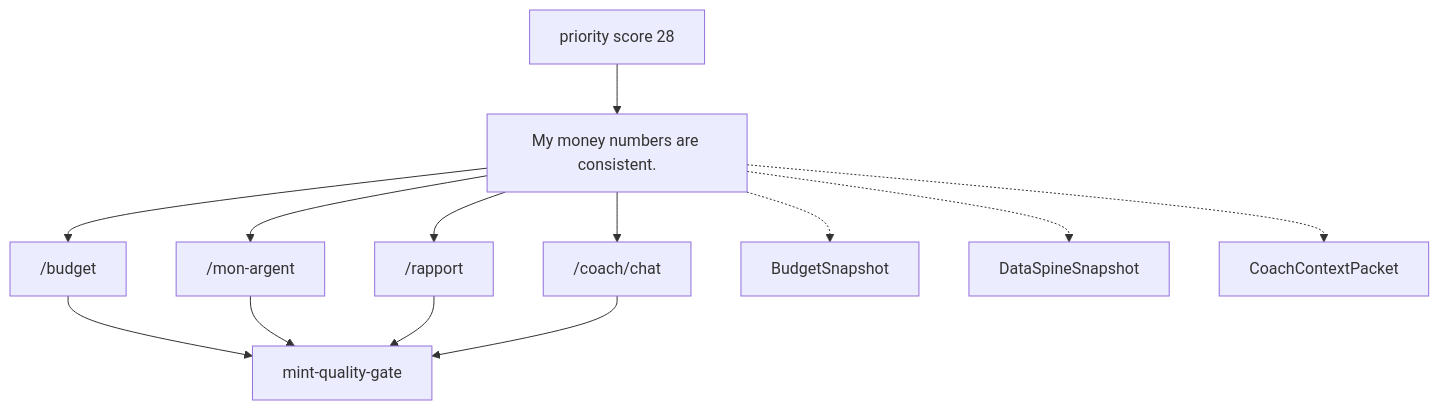
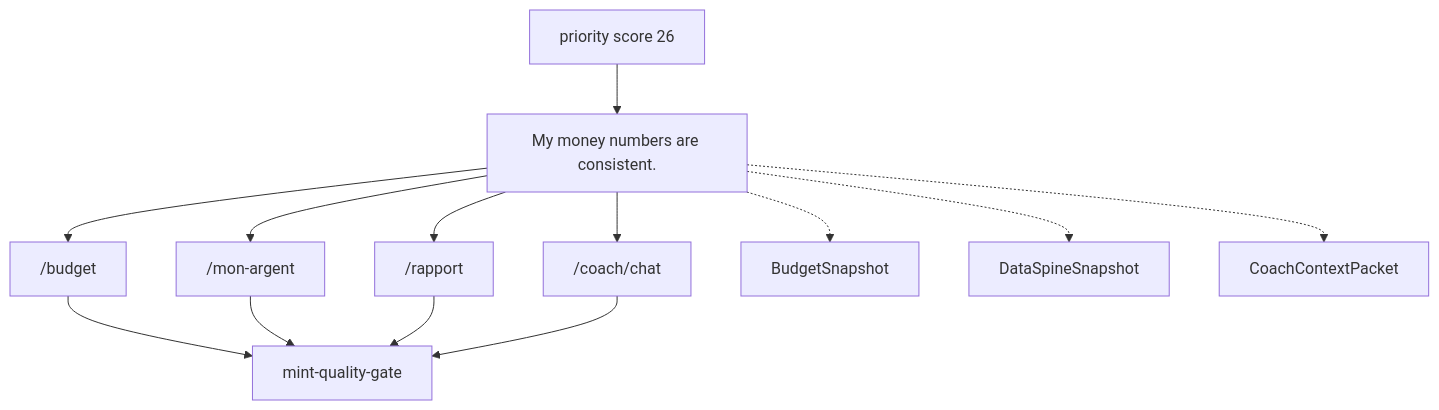
Before and after one commit to MINT-IA/MINT: the diagram in .planning/journeys/diagrams/money_truth_spine.mmd, drawn with Mermaid. The commit also changed 9 other files, not shown here.

```diff
--- a/.planning/journeys/diagrams/money_truth_spine.mmd
+++ b/.planning/journeys/diagrams/money_truth_spine.mmd
@@ -1,24 +1,24 @@
 %% Generated from .planning/journeys/records/money_truth_spine.json
 flowchart TD
   promise["My money numbers are consistent."]
   team["mint-quality-gate"]
-  priority["priority score 28"]
+  priority["priority score 26"]
   priority --> promise
   route_budget["/budget"]
   promise --> route_budget
   route_budget --> team
   route_mon_argent["/mon-argent"]
   promise --> route_mon_argent
   route_mon_argent --> team
   route_rapport["/rapport"]
   promise --> route_rapport
   route_rapport --> team
   route_coach_chat["/coach/chat"]
   promise --> route_coach_chat
   route_coach_chat --> team
   surface_BudgetSnapshot["BudgetSnapshot"]
   promise -.-> surface_BudgetSnapshot
   surface_DataSpineSnapshot["DataSpineSnapshot"]
   promise -.-> surface_DataSpineSnapshot
   surface_CoachContextPacket["CoachContextPacket"]
   promise -.-> surface_CoachContextPacket
```
